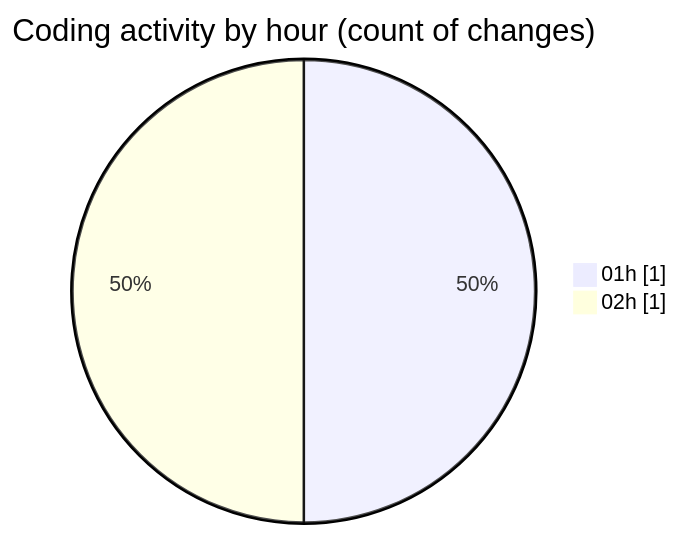
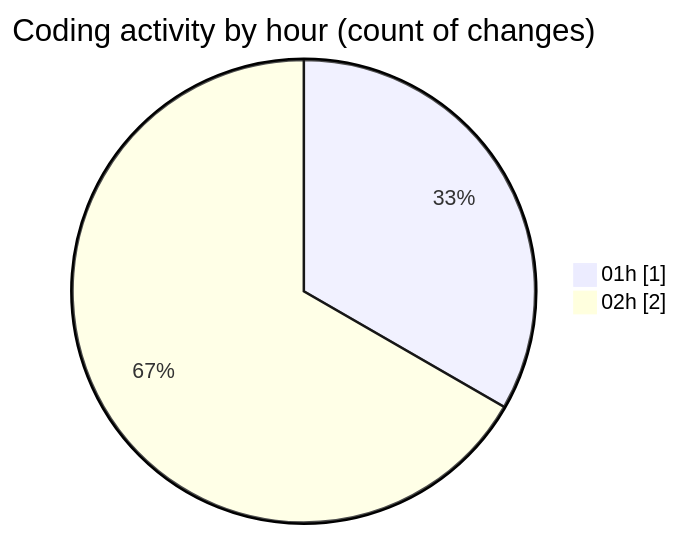
One commit to lephambinh05/code-tracking changed the second of 2 diagrams in 2025-08-11/studybuddy/README.md. Above: the diagram before and after it, drawn with Mermaid. The commit also changed other lines of this file and 1 other file, not shown here.

````diff
--- a/2025-08-11/studybuddy/README.md
+++ b/2025-08-11/studybuddy/README.md
@@ -30,6 +30,6 @@
 ```mermaid
 pie showData
 title Coding activity by hour (count of changes)
 "01h" : 1
-"02h" : 1
+"02h" : 2
 ```
````
